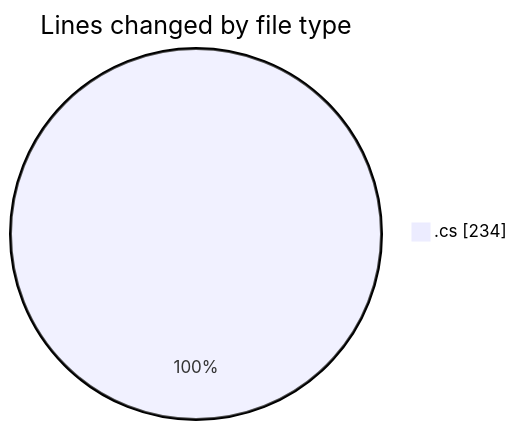
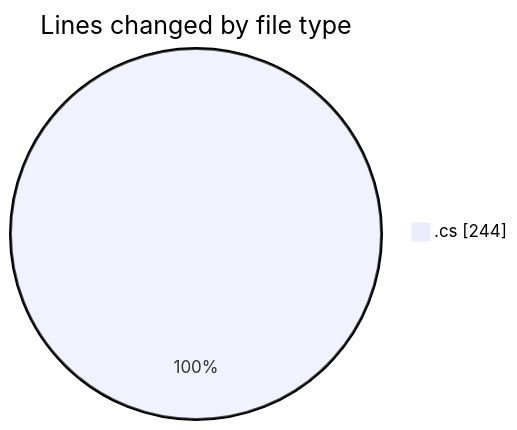
The first of 2 diagrams in 2025-03-29/back-end/README.md (Netris89/code-tracking), drawn with Mermaid before and after one commit. The commit also changed other lines of this file and 1 other file, not shown here.

````diff
--- a/2025-03-29/back-end/README.md
+++ b/2025-03-29/back-end/README.md
@@ -20,5 +20,5 @@
 ```mermaid
 pie showData
 title Lines changed by file type
-".cs" : 234
+".cs" : 244
 ```
````
